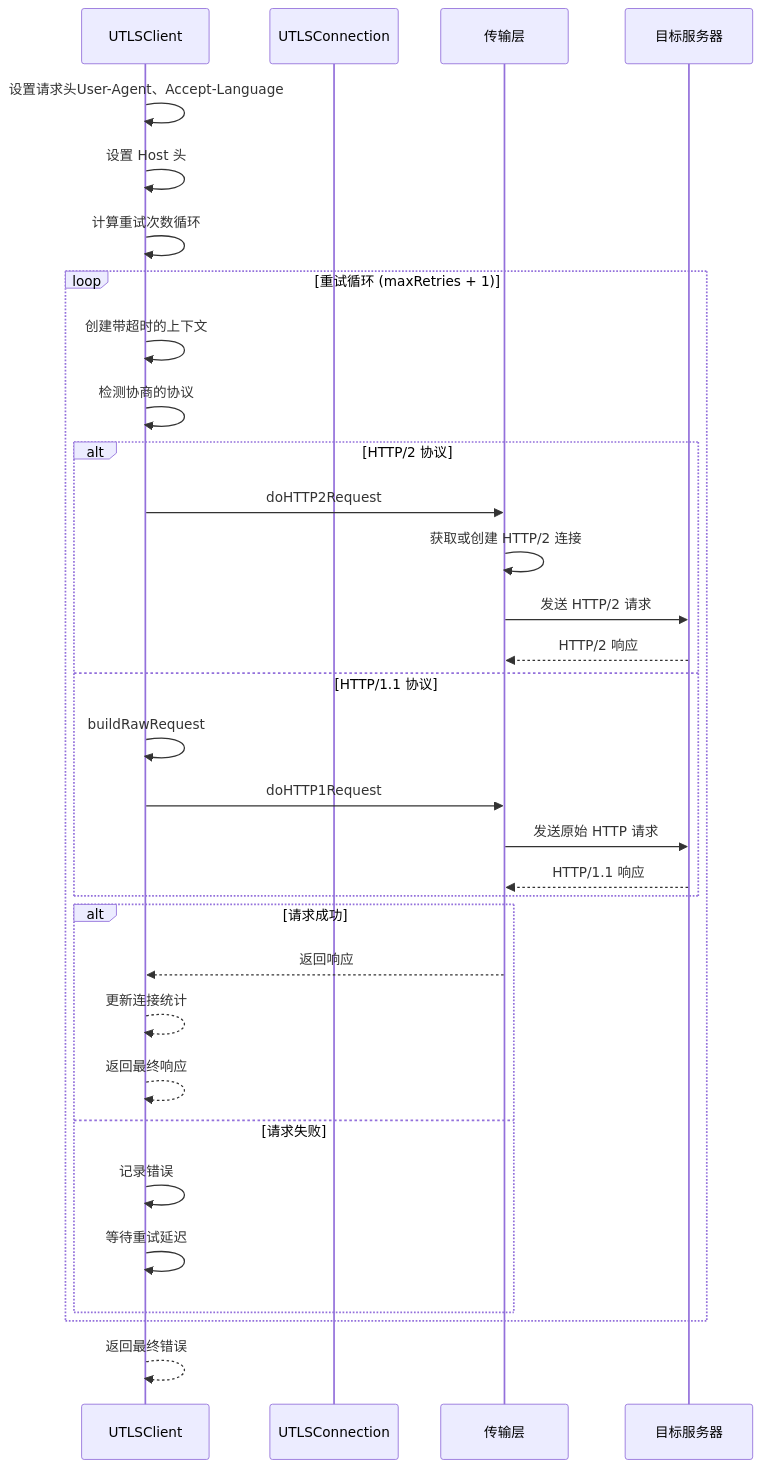
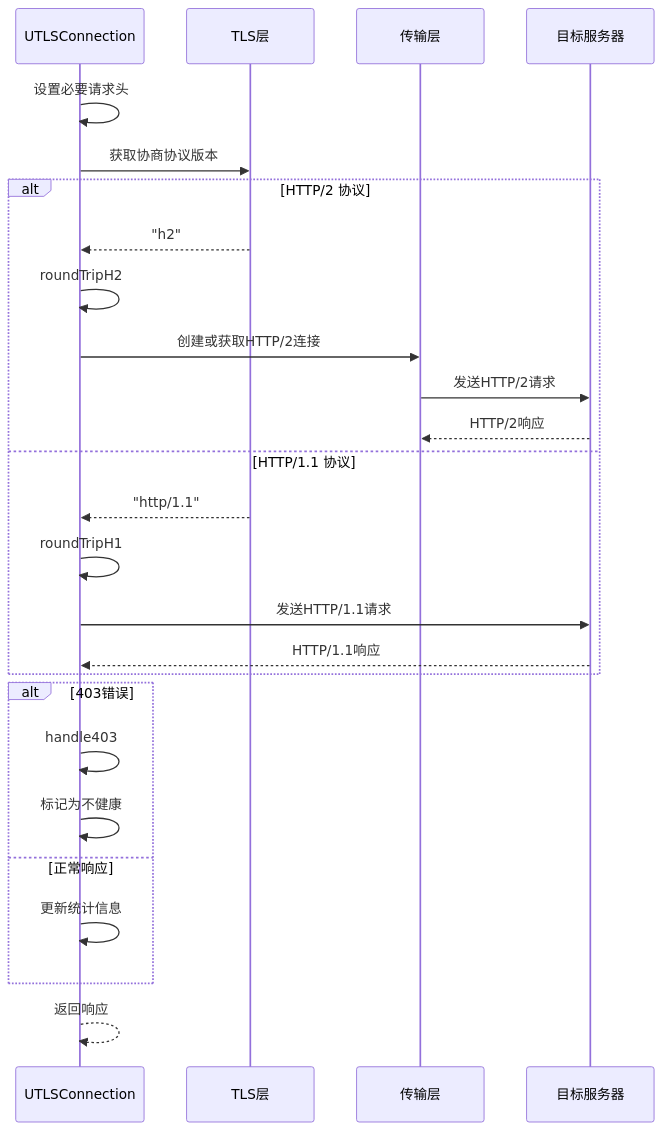
One commit to vistone/crawler-platform changed the sixth of 9 diagrams in .qoder/repowiki/zh/content/API参考/UTLSClient API/UTLSClient API.md. Above: the diagram before and after it, drawn with Mermaid. The commit also changed other lines of this file and 40 other files, not shown here.

````diff
--- a/.qoder/repowiki/zh/content/API参考/UTLSClient API/UTLSClient API.md
+++ b/.qoder/repowiki/zh/content/API参考/UTLSClient API/UTLSClient API.md
@@ -205,34 +314,28 @@
 ```mermaid
 sequenceDiagram
-participant Client as UTLSClient
 participant Conn as UTLSConnection
+participant TLS as TLS层
 participant Transport as 传输层
 participant Server as 目标服务器
-Client->>Client : 设置请求头User-Agent、Accept-Language
-Client->>Client : 设置 Host 头
-Client->>Client : 计算重试次数循环
-loop 重试循环 (maxRetries + 1)
-Client->>Client : 创建带超时的上下文
-Client->>Client : 检测协商的协议
+Conn->>Conn : 设置必要请求头
+Conn->>TLS : 获取协商协议版本
 alt HTTP/2 协议
-Client->>Transport : doHTTP2Request
-Transport->>Transport : 获取或创建 HTTP/2 连接
-Transport->>Server : 发送 HTTP/2 请求
-Server-->>Transport : HTTP/2 响应
+TLS-->>Conn : "h2"
+Conn->>Conn : roundTripH2
+Conn->>Transport : 创建或获取HTTP/2连接
+Transport->>Server : 发送HTTP/2请求
+Server-->>Transport : HTTP/2响应
 else HTTP/1.1 协议
-Client->>Client : buildRawRequest
-Client->>Transport : doHTTP1Request
-Transport->>Server : 发送原始 HTTP 请求
-Server-->>Transport : HTTP/1.1 响应
+TLS-->>Conn : "http/1.1"
+Conn->>Conn : roundTripH1
+Conn->>Server : 发送HTTP/1.1请求
+Server-->>Conn : HTTP/1.1响应
 end
-alt 请求成功
-Transport-->>Client : 返回响应
-Client-->>Client : 更新连接统计
-Client-->>Client : 返回最终响应
-else 请求失败
-Client->>Client : 记录错误
-Client->>Client : 等待重试延迟
+alt 403错误
+Conn->>Conn : handle403
+Conn->>Conn : 标记为不健康
+else 正常响应
+Conn->>Conn : 更新统计信息
 end
-end
-Client-->>Client : 返回最终错误
+Conn-->>Conn : 返回响应
 ```
````
